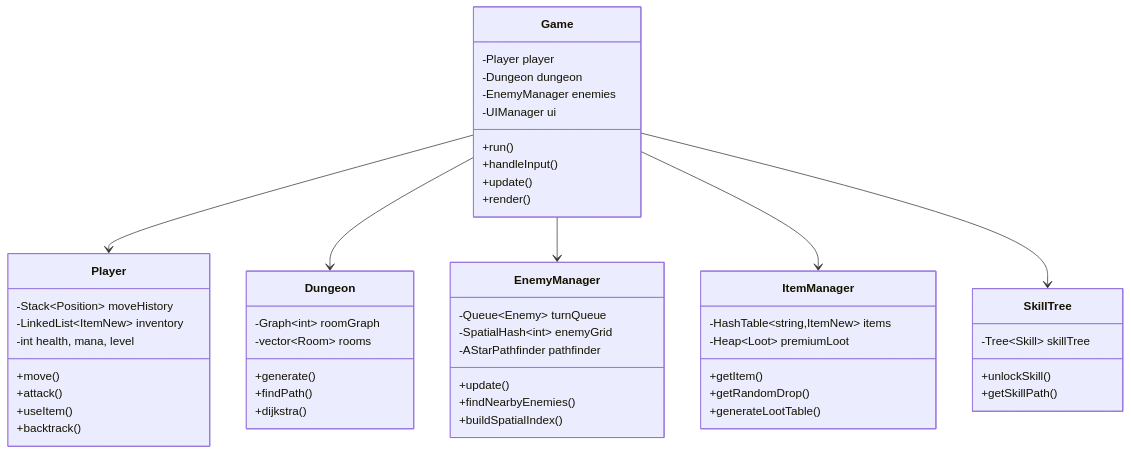
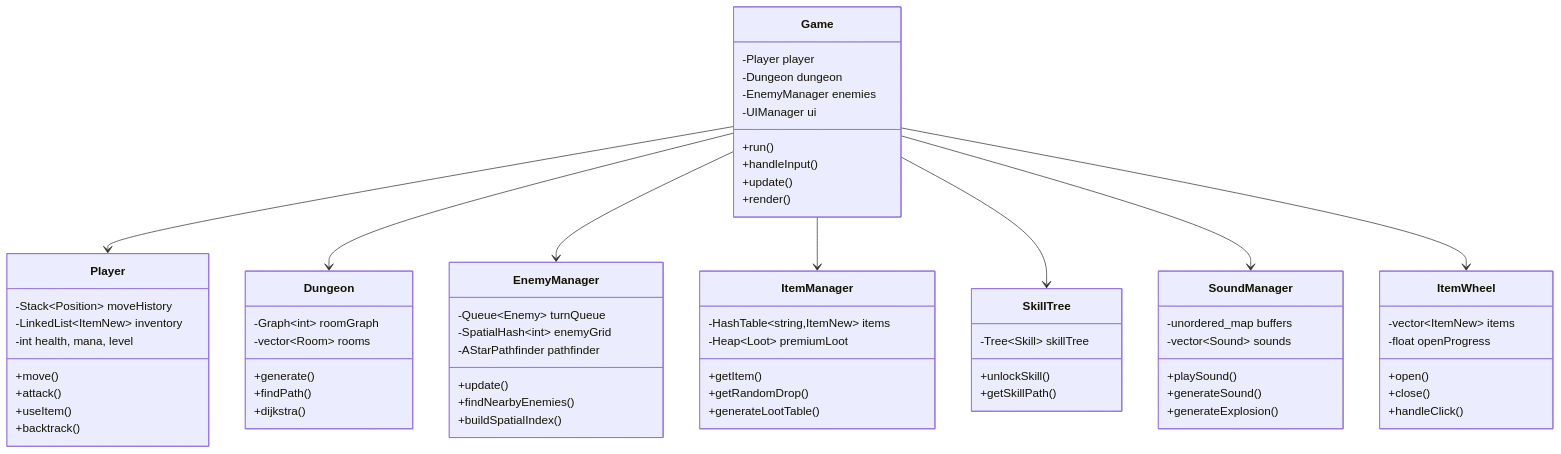
One commit to Siddesh-bype/dsa-game changed the third of 4 diagrams in README.md. Above: the diagram before and after it, drawn with Mermaid. The commit also changed other lines of this file and 1 other file, not shown here.

````diff
--- a/README.md
+++ b/README.md
@@ -92,60 +94,78 @@
 ```mermaid
 classDiagram
     class Game {
         -Player player
         -Dungeon dungeon
         -EnemyManager enemies
         -UIManager ui
         +run()
         +handleInput()
         +update()
         +render()
     }
     
     class Player {
         -Stack~Position~ moveHistory
         -LinkedList~ItemNew~ inventory
         -int health, mana, level
         +move()
         +attack()
         +useItem()
         +backtrack()
     }
     
     class Dungeon {
         -Graph~int~ roomGraph
         -vector~Room~ rooms
         +generate()
         +findPath()
         +dijkstra()
     }
     
     class EnemyManager {
         -Queue~Enemy~ turnQueue
         -SpatialHash~int~ enemyGrid
         -AStarPathfinder pathfinder
         +update()
         +findNearbyEnemies()
         +buildSpatialIndex()
     }
     
     class ItemManager {
         -HashTable~string,ItemNew~ items
         -Heap~Loot~ premiumLoot
         +getItem()
         +getRandomDrop()
         +generateLootTable()
     }
     
     class SkillTree {
         -Tree~Skill~ skillTree
         +unlockSkill()
         +getSkillPath()
     }
     
+    class SoundManager {
+        -unordered_map buffers
+        -vector~Sound~ sounds
+        +playSound()
+        +generateSound()
+        +generateExplosion()
+    }
+    
+    class ItemWheel {
+        -vector~ItemNew~ items
+        -float openProgress
+        +open()
+        +close()
+        +handleClick()
+    }
+    
     Game --> Player
     Game --> Dungeon
     Game --> EnemyManager
     Game --> ItemManager
     Game --> SkillTree
+    Game --> SoundManager
+    Game --> ItemWheel
 ```
````
